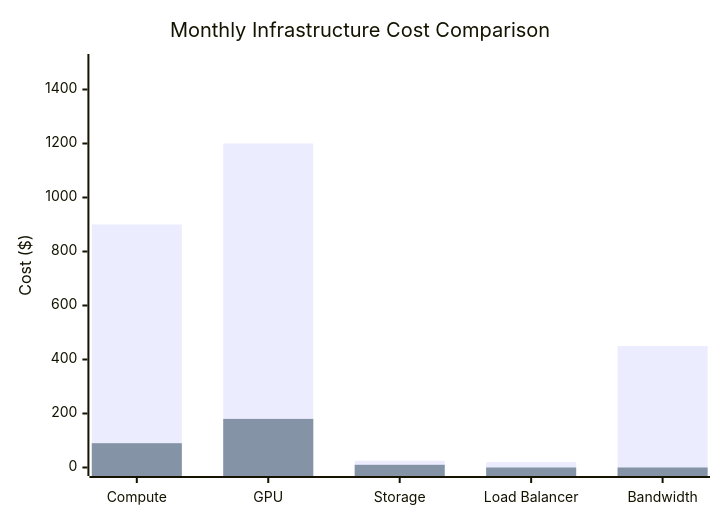
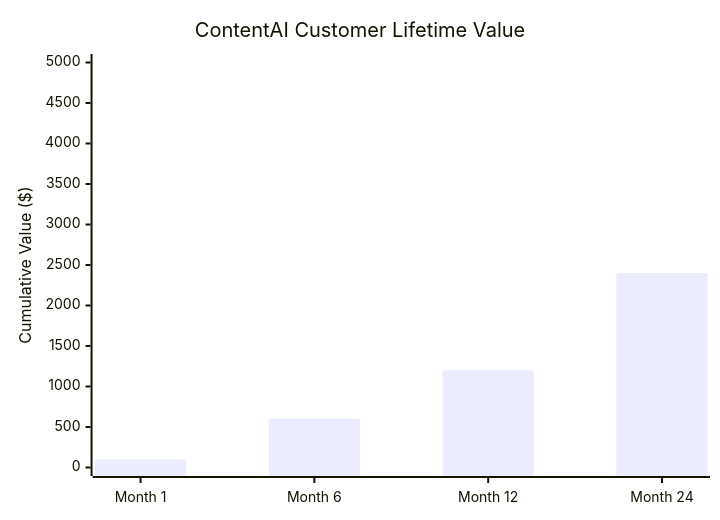
One commit to PearlThoughtsInternship/Internship-Obsidian-Vault changed the fifth of 6 diagrams in DevOps/01-Product/02-Market-Context.md. Above: the diagram before and after it, drawn with Mermaid. The commit also changed other lines of this file and 1 other file, not shown here.

First line of the commit message:
Rewrite market context and architecture with ContentAI product-first narrative

````diff
--- a/DevOps/01-Product/02-Market-Context.md
+++ b/DevOps/01-Product/02-Market-Context.md
@@ -55,8 +211,7 @@
 ```mermaid
 xychart-beta
-    title "Monthly Infrastructure Cost Comparison"
-    x-axis ["Compute", "GPU", "Storage", "Load Balancer", "Bandwidth"]
-    y-axis "Cost ($)" 0 --> 1500
-    bar [900, 1200, 25, 20, 450]
-    bar [90, 180, 10, 0, 0]
+    title "ContentAI Customer Lifetime Value"
+    x-axis ["Month 1", "Month 6", "Month 12", "Month 24"]
+    y-axis "Cumulative Value ($)" 0 --> 5000
+    bar [100, 600, 1200, 2400]
 ```
````
